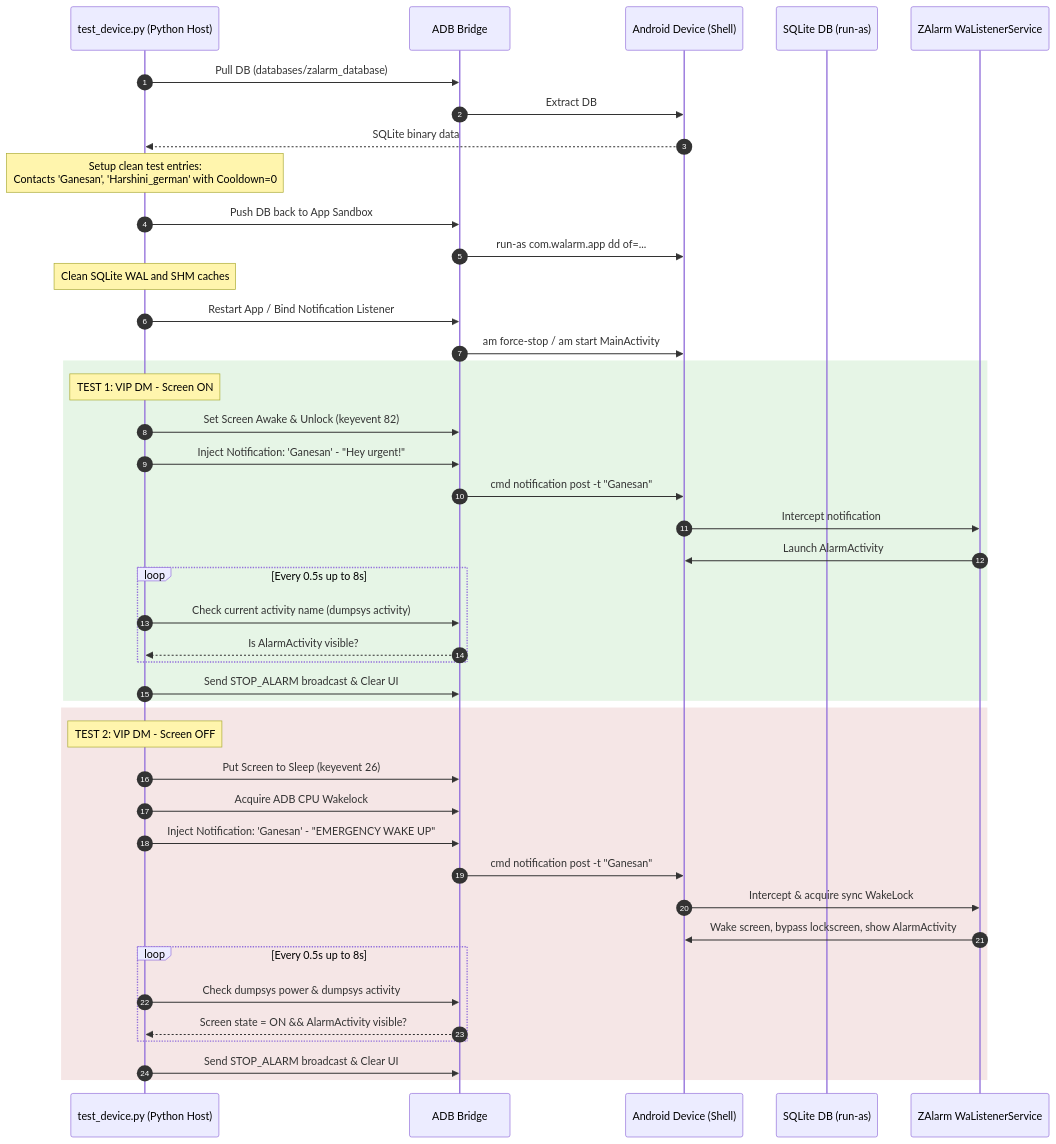
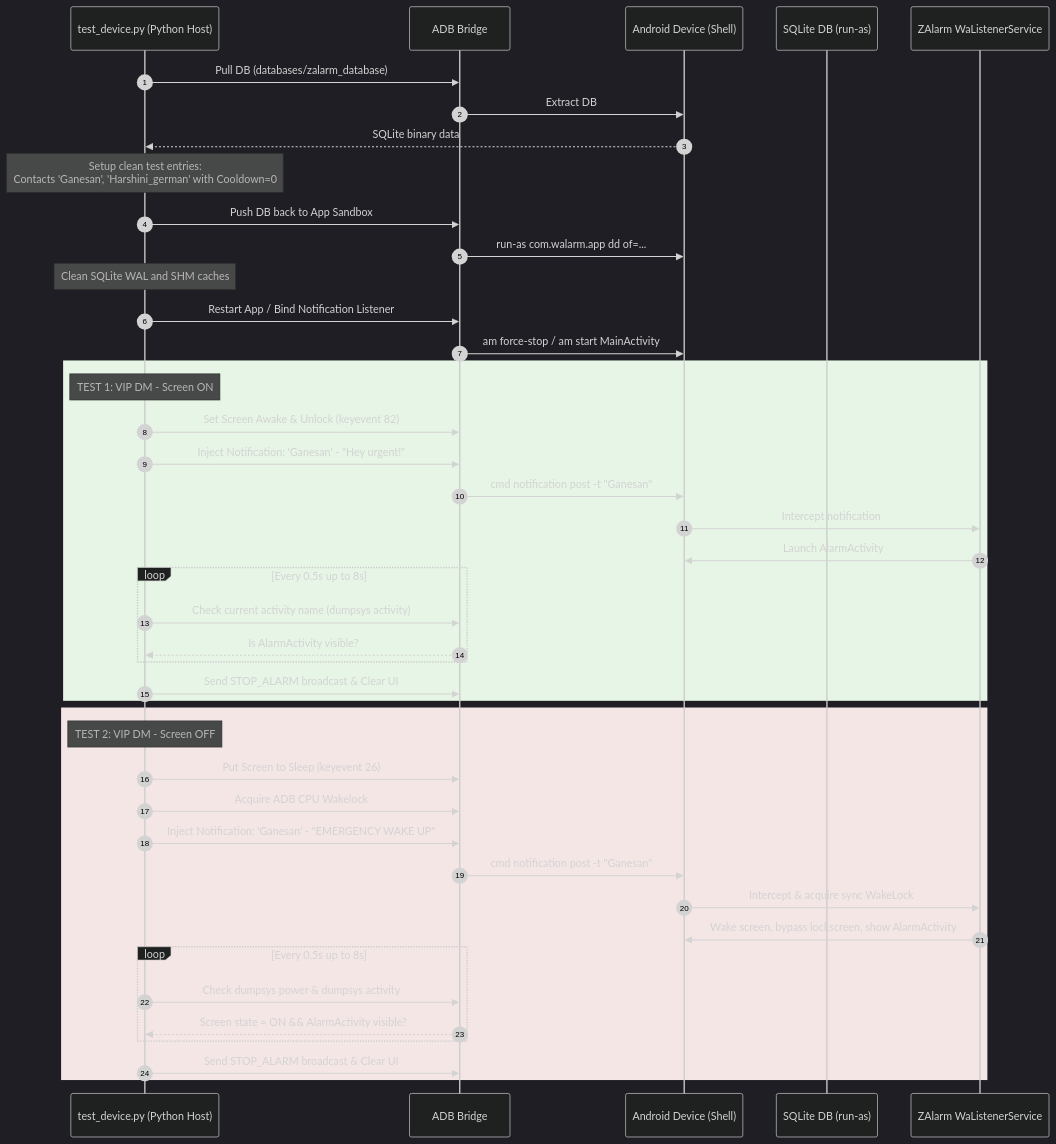
The third of 3 diagrams in README.md (Anbu-00001/Alarm-to-Override-existingSettings), drawn with Mermaid before and after one commit. The commit also changed other lines of this file and 2 other files, not shown here.

Commit message:
Export BootReceiver in AndroidManifest and enhance Mermaid diagram styling in README

````diff
--- a/README.md
+++ b/README.md
@@ -149,48 +150,49 @@
 ```mermaid
+%%{init: { 'theme': 'dark' } }%%
 sequenceDiagram
     autonumber
     participant Py as test_device.py (Python Host)
     participant ADB as ADB Bridge
     participant Dev as Android Device (Shell)
     participant DB as SQLite DB (run-as)
     participant NLS as ZAlarm WaListenerService
 
     Py->>ADB: Pull DB (databases/zalarm_database)
     ADB->>Dev: Extract DB
     Dev-->>Py: SQLite binary data
     Note over Py: Setup clean test entries:<br/>Contacts 'Ganesan', 'Harshini_german' with Cooldown=0
     Py->>ADB: Push DB back to App Sandbox
     ADB->>Dev: run-as com.walarm.app dd of=...
     Note over Py: Clean SQLite WAL and SHM caches
     Py->>ADB: Restart App / Bind Notification Listener
     ADB->>Dev: am force-stop / am start MainActivity
     
     rect rgb(230, 245, 230)
         Note over Py: TEST 1: VIP DM - Screen ON
         Py->>ADB: Set Screen Awake & Unlock (keyevent 82)
         Py->>ADB: Inject Notification: 'Ganesan' - "Hey urgent!"
         ADB->>Dev: cmd notification post -t "Ganesan"
         Dev->>NLS: Intercept notification
         NLS->>Dev: Launch AlarmActivity
         loop Every 0.5s up to 8s
             Py->>ADB: Check current activity name (dumpsys activity)
             ADB-->>Py: Is AlarmActivity visible?
         end
         Py->>ADB: Send STOP_ALARM broadcast & Clear UI
     end
 
     rect rgb(245, 230, 230)
         Note over Py: TEST 2: VIP DM - Screen OFF
         Py->>ADB: Put Screen to Sleep (keyevent 26)
         Py->>ADB: Acquire ADB CPU Wakelock
         Py->>ADB: Inject Notification: 'Ganesan' - "EMERGENCY WAKE UP"
         ADB->>Dev: cmd notification post -t "Ganesan"
         Dev->>NLS: Intercept & acquire sync WakeLock
         NLS->>Dev: Wake screen, bypass lockscreen, show AlarmActivity
         loop Every 0.5s up to 8s
             Py->>ADB: Check dumpsys power & dumpsys activity
             ADB-->>Py: Screen state = ON && AlarmActivity visible?
         end
         Py->>ADB: Send STOP_ALARM broadcast & Clear UI
     end
 ```
````
